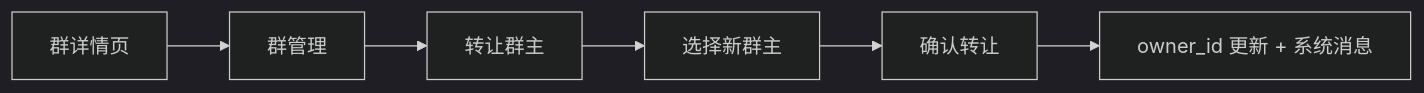
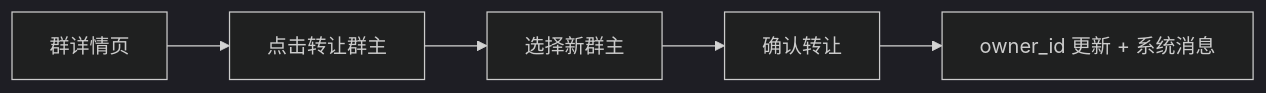
One commit to toly1994328/flash_im_by_ai changed the fourth of 7 diagrams in docs/features/im/group/v0.0.3/analysis.md. Above: the diagram before and after it, drawn with Mermaid (dark theme). The commit also changed other lines of this file and 33 other files, not shown here.

````diff
--- a/docs/features/im/group/v0.0.3/analysis.md
+++ b/docs/features/im/group/v0.0.3/analysis.md
@@ -61,8 +61,7 @@
 ```mermaid
 flowchart LR
-    A[群详情页] --> B[群管理]
-    B --> C[转让群主]
-    C --> D[选择新群主]
-    D --> E[确认转让]
-    E --> F[owner_id 更新 + 系统消息]
+    A[群详情页] --> B[点击转让群主]
+    B --> C[选择新群主]
+    C --> D[确认转让]
+    D --> E[owner_id 更新 + 系统消息]
 ```
````
